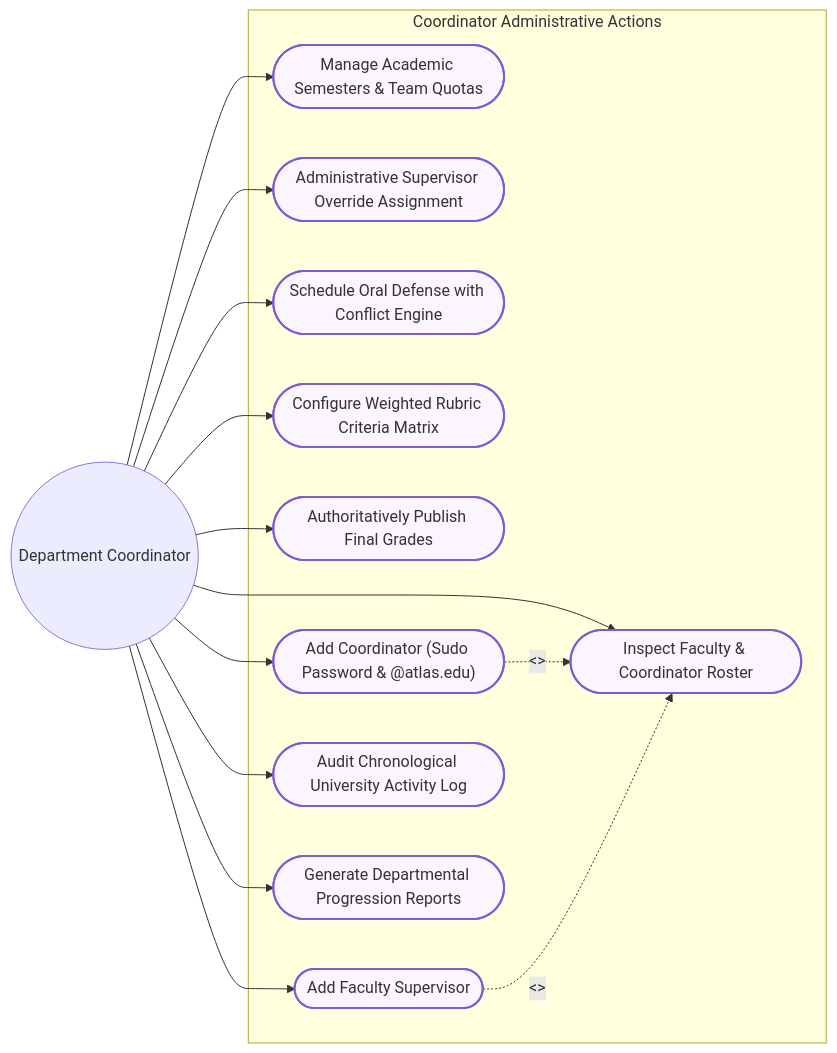
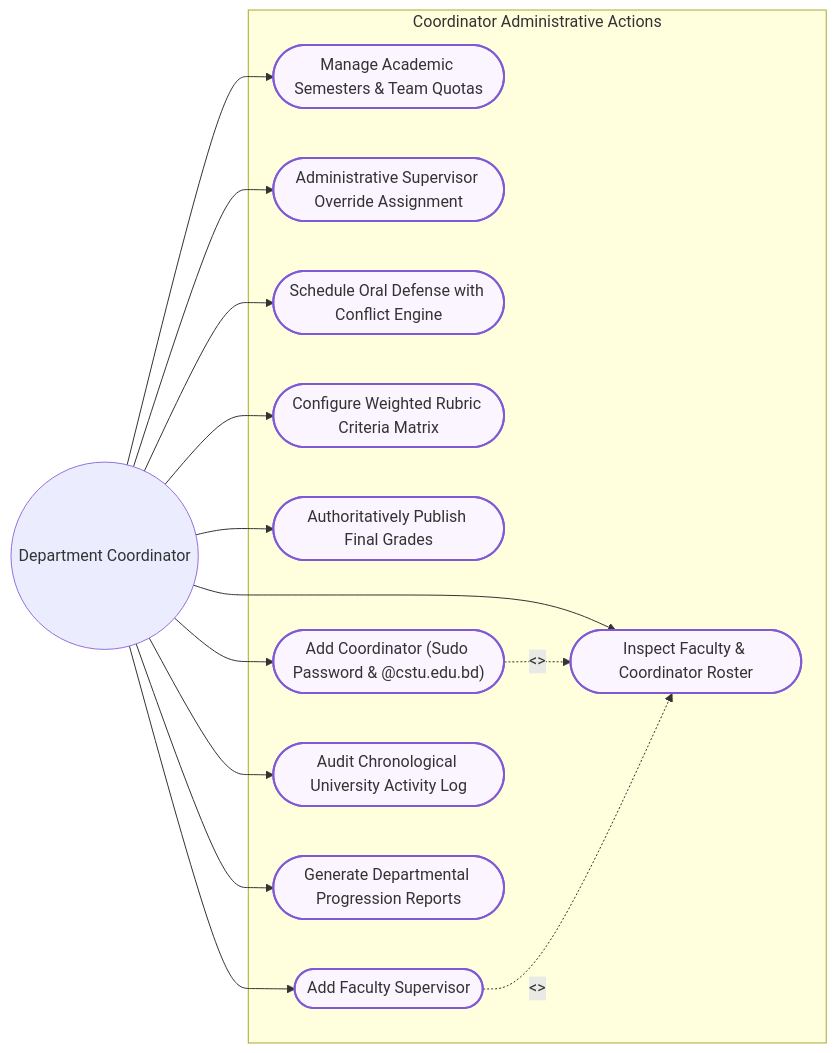
Before and after one commit to LIGHT2DD/Atlas_Mobile: the ninth of 38 diagrams in diagram.md, drawn with Mermaid. The commit also changed other lines of this file and 63 other files, not shown here.

````diff
--- a/diagram.md
+++ b/diagram.md
@@ -481,34 +481,34 @@
 ```mermaid
 flowchart LR
     Coordinator(("Department Coordinator"))
 
     subgraph Coordinator_Actions["Coordinator Administrative Actions"]
         Coord_Sem(["Manage Academic Semesters & Team Quotas"])
         Coord_Assign(["Administrative Supervisor Override Assignment"])
         Coord_Defense(["Schedule Oral Defense with Conflict Engine"])
         Coord_Rubric(["Configure Weighted Rubric Criteria Matrix"])
         Coord_Publish(["Authoritatively Publish Final Grades"])
         Coord_UserList(["Inspect Faculty & Coordinator Roster"])
         Coord_AddSup(["Add Faculty Supervisor"])
-        Coord_AddCoord(["Add Coordinator (Sudo Password & @atlas.edu)"])
+        Coord_AddCoord(["Add Coordinator (Sudo Password & @cstu.edu.bd)"])
         Coord_Audit(["Audit Chronological University Activity Log"])
         Coord_Report(["Generate Departmental Progression Reports"])
     end
 
     Coordinator --> Coord_Sem
     Coordinator --> Coord_Assign
     Coordinator --> Coord_Defense
     Coordinator --> Coord_Rubric
     Coordinator --> Coord_Publish
     Coordinator --> Coord_UserList
     Coordinator --> Coord_AddSup
     Coordinator --> Coord_AddCoord
     Coordinator --> Coord_Audit
     Coordinator --> Coord_Report
 
     Coord_AddCoord -.->|"<<includes>>"| Coord_UserList
     Coord_AddSup -.->|"<<includes>>"| Coord_UserList
 
     classDef coordinator fill:#FAF5FF,stroke:#805AD5,stroke-width:2px;
     class Coord_Sem,Coord_Assign,Coord_Defense,Coord_Rubric,Coord_Publish,Coord_UserList,Coord_AddSup,Coord_AddCoord,Coord_Audit,Coord_Report coordinator;
 ```
````
